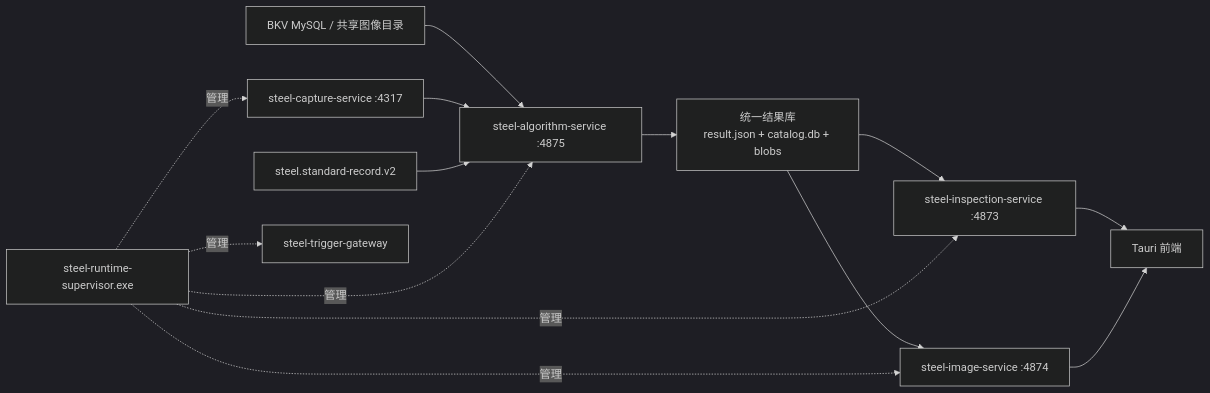
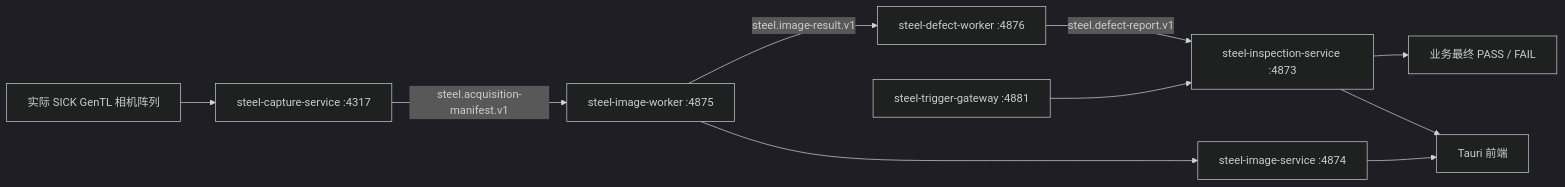
Before and after one commit to a1112/steel-plate-3d-inspection: the diagram in docs/split-runtime-pipeline.md, drawn with Mermaid (dark theme). The commit also changed other lines of this file and 66 other files, not shown here.

First line of the commit message:
feat: split actual-camera inspection runtime

````diff
--- a/docs/split-runtime-pipeline.md
+++ b/docs/split-runtime-pipeline.md
@@ -5,16 +5,12 @@
 ```mermaid
 flowchart LR
-  BKV["BKV MySQL / 共享图像目录"] --> A["steel-algorithm-service :4875"]
-  CAP["steel-capture-service :4317"] --> A
-  V2["steel.standard-record.v2"] --> A
-  A --> R["统一结果库\nresult.json + catalog.db + blobs"]
-  R --> S["steel-inspection-service :4873"]
-  R --> I["steel-image-service :4874"]
-  S --> T["Tauri 前端"]
-  I --> T
-  SUP["steel-runtime-supervisor.exe"] -.管理.-> A
-  SUP -.管理.-> I
-  SUP -.管理.-> CAP
-  SUP -.管理.-> S
-  SUP -.管理.-> G["steel-trigger-gateway"]
+  SICK["实际 SICK GenTL 相机阵列"] --> CAP["steel-capture-service :4317"]
+  CAP -->|steel.acquisition-manifest.v1| IMG["steel-image-worker :4875"]
+  IMG -->|steel.image-result.v1| DEF["steel-defect-worker :4876"]
+  DEF -->|steel.defect-report.v1| BUS["steel-inspection-service :4873"]
+  BUS --> FINAL["业务最终 PASS / FAIL"]
+  BUS --> UI["Tauri 前端"]
+  IMG --> ART["steel-image-service :4874"]
+  ART --> UI
+  TRG["steel-trigger-gateway :4881"] --> BUS
 ```
````
